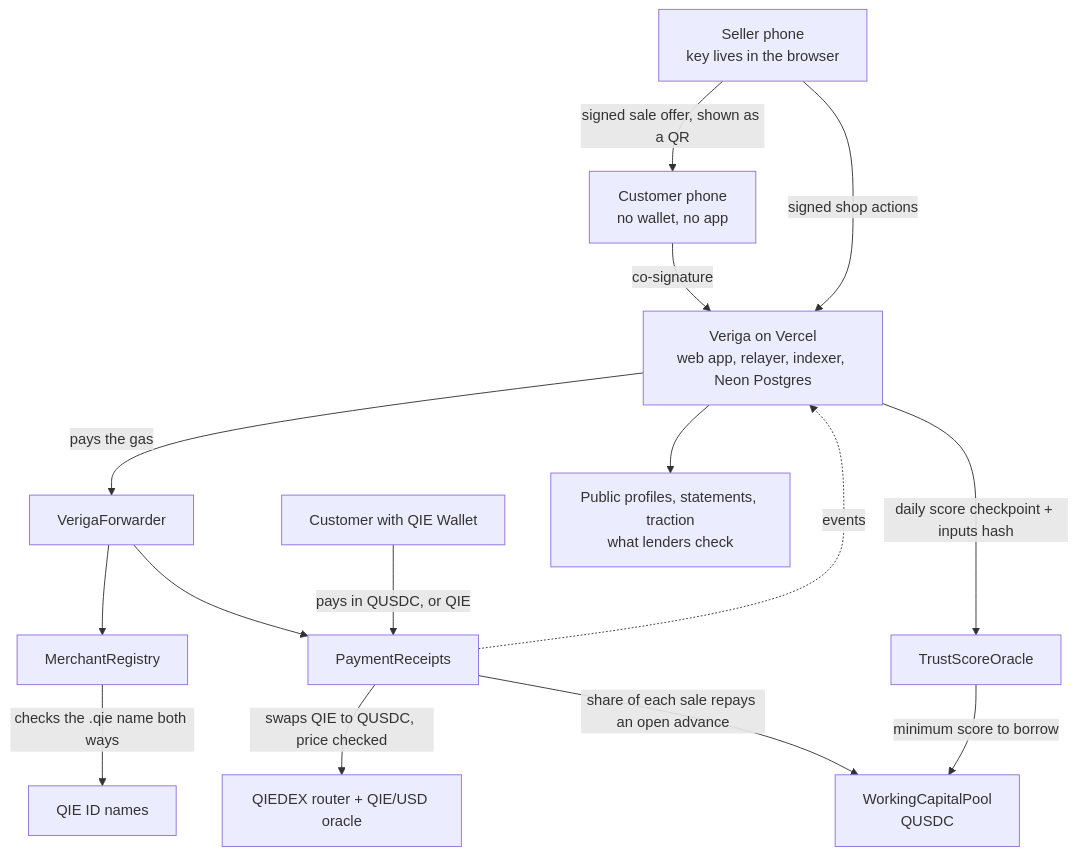
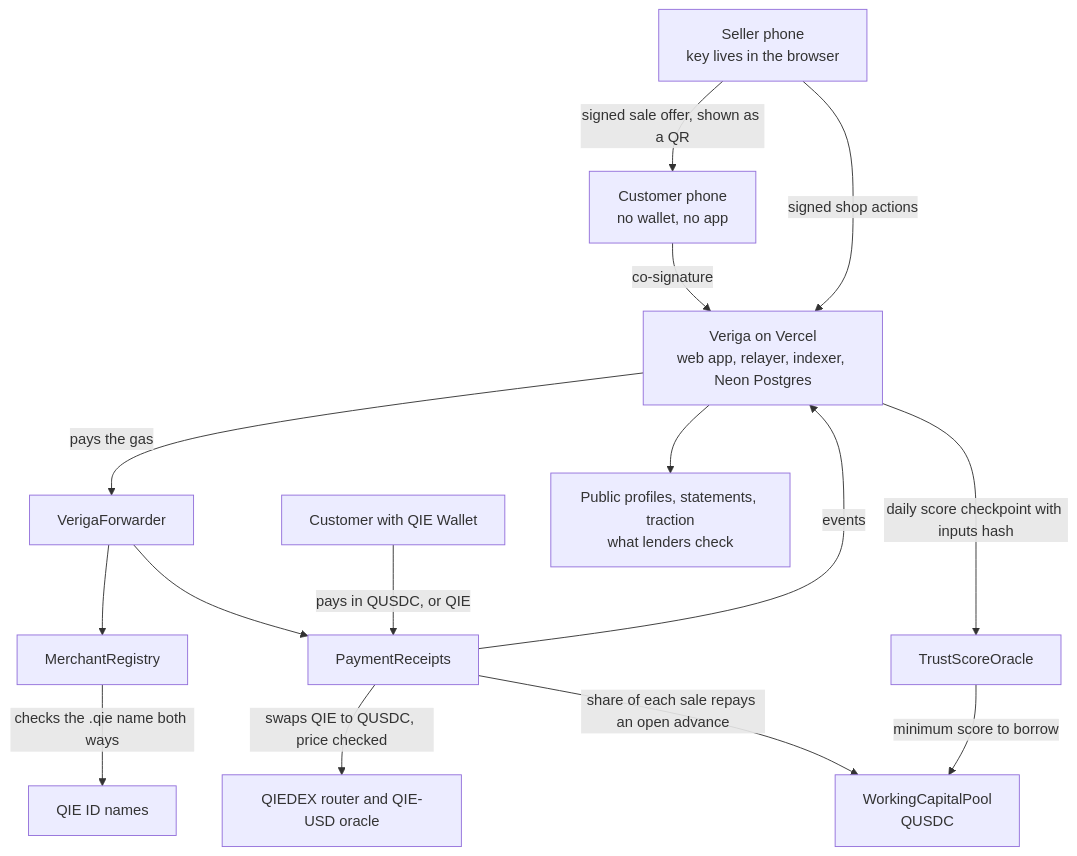
One commit to angelraph/VERIQA changed the first of 2 diagrams in README.md. Above: the diagram before and after it, drawn with Mermaid.

Commit message:
README: diagram labels GitHub can render

````diff
--- a/README.md
+++ b/README.md
@@ -90,17 +90,17 @@
 ```mermaid
 flowchart TB
   S["Seller phone<br/>key lives in the browser"] -- "signed sale offer, shown as a QR" --> C["Customer phone<br/>no wallet, no app"]
   C -- "co-signature" --> API["Veriga on Vercel<br/>web app, relayer, indexer, Neon Postgres"]
   S -- "signed shop actions" --> API
   API -- "pays the gas" --> FWD["VerigaForwarder"]
   FWD --> REG["MerchantRegistry"]
   FWD --> PR["PaymentReceipts"]
   W["Customer with QIE Wallet"] -- "pays in QUSDC, or QIE" --> PR
-  PR -- "swaps QIE to QUSDC, price checked" --> DEX["QIEDEX router + QIE/USD oracle"]
+  PR -- "swaps QIE to QUSDC, price checked" --> DEX["QIEDEX router and QIE-USD oracle"]
   REG -- "checks the .qie name both ways" --> N["QIE ID names"]
   PR -- "share of each sale repays an open advance" --> POOL["WorkingCapitalPool<br/>QUSDC"]
-  PR -.->|events| API
-  API -- "daily score checkpoint + inputs hash" --> T["TrustScoreOracle"]
+  PR -- "events" --> API
+  API -- "daily score checkpoint with inputs hash" --> T["TrustScoreOracle"]
   T -- "minimum score to borrow" --> POOL
   API --> L["Public profiles, statements, traction<br/>what lenders check"]
 ```
````
